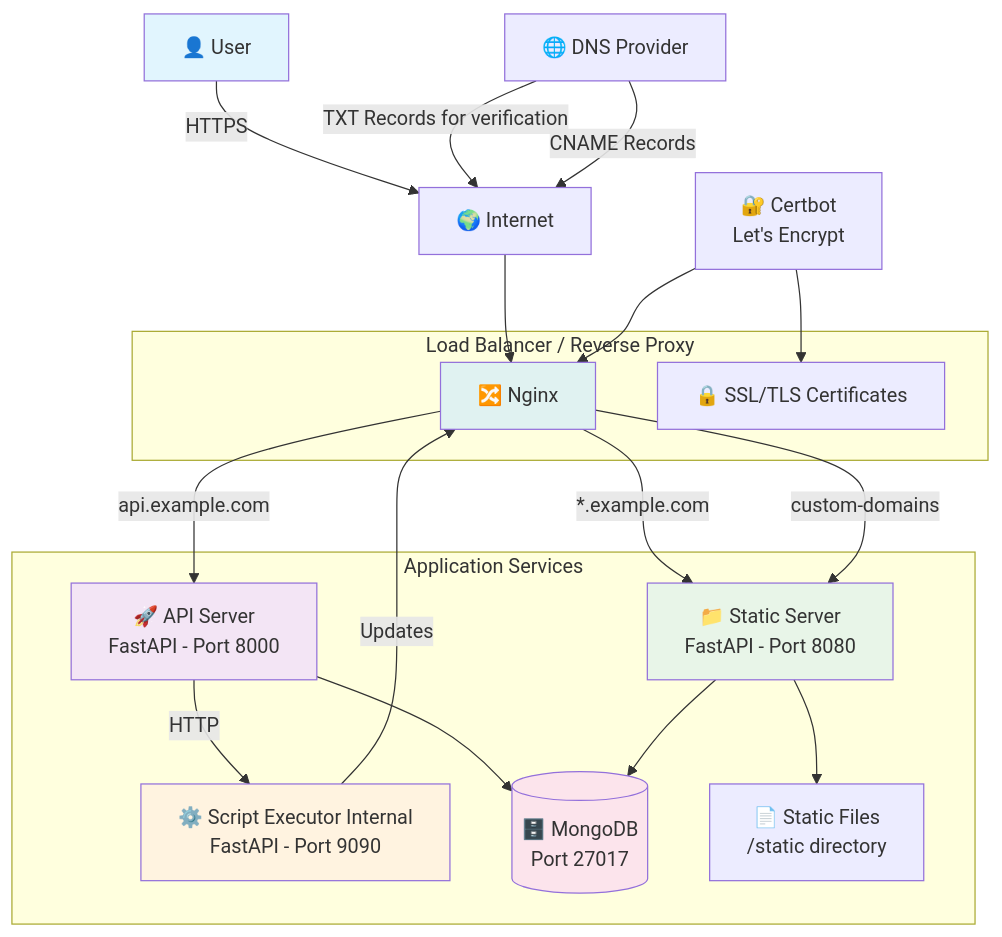
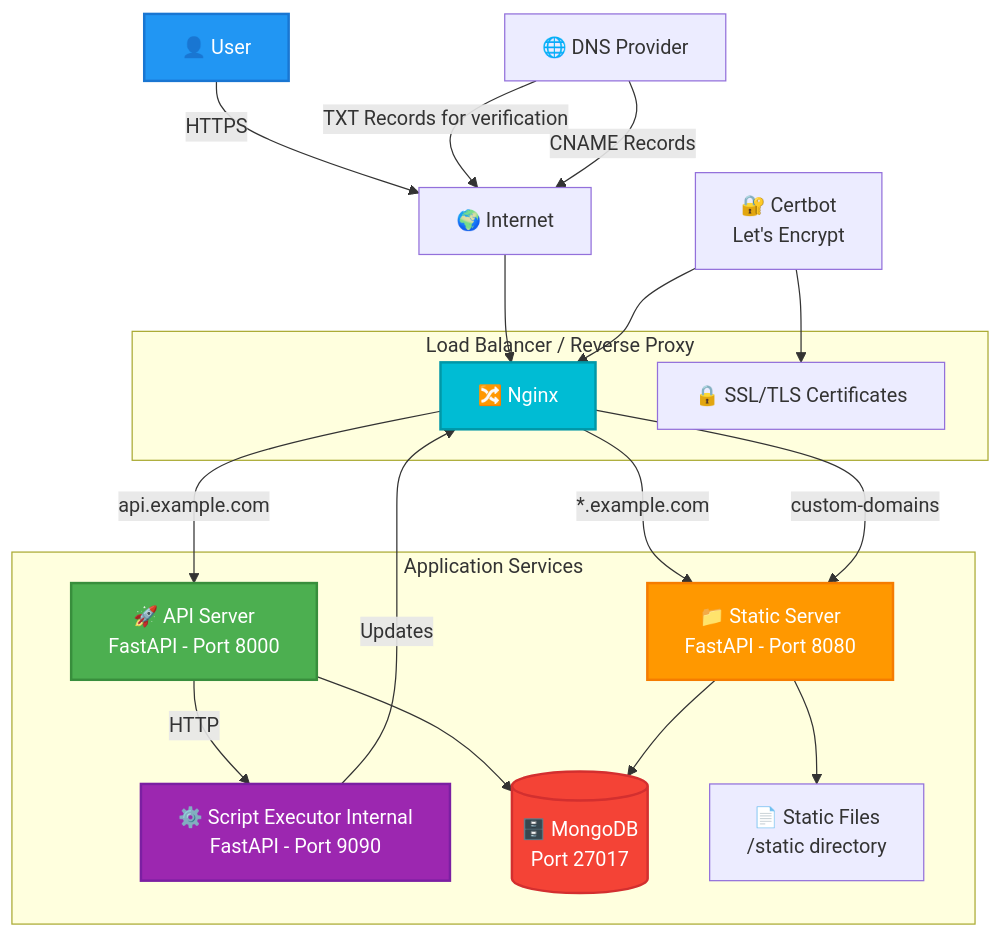
Before and after one commit to nayan32biswas/multi-domain-poc: the diagram in README.md, drawn with Mermaid. The commit also changed 1 other file, not shown here.

Commit message:
Update architecture diagrams with improved color styling for better clarity and visual distinction

````diff
--- a/README.md
+++ b/README.md
@@ -12,60 +12,60 @@
 ```mermaid
 graph TB
     %% External Components
     User[👤 User]
     DNS[🌐 DNS Provider]
     Internet[🌍 Internet]
 
     %% Load Balancer / Reverse Proxy
     subgraph "Load Balancer / Reverse Proxy"
         Nginx[🔀 Nginx]
         SSL[🔒 SSL/TLS Certificates]
     end
 
     %% Application Services
     subgraph "Application Services"
         API[🚀 API Server<br/>FastAPI - Port 8000]
         Static[📁 Static Server<br/>FastAPI - Port 8080]
         ScriptExec[⚙️ Script Executor Internal<br/>FastAPI - Port 9090]
         DB[(🗄️ MongoDB<br/>Port 27017)]
         StaticFiles[📄 Static Files<br/>/static directory]
     end
 
     %% External Services
     Certbot[🔐 Certbot<br/>Let's Encrypt]
 
     %% User Connections
     User -->|HTTPS| Internet
     Internet --> Nginx
 
     %% DNS Setup
     DNS -->|TXT Records for verification| Internet
     DNS -->|CNAME Records| Internet
 
     %% Nginx Routing
     Nginx -->|api.example.com| API
     Nginx -->|*.example.com| Static
     Nginx -->|custom-domains| Static
 
     %% Service Dependencies
     API --> DB
     Static --> DB
     Static --> StaticFiles
 
     %% SSL Certificate Management
     Certbot --> SSL
     Certbot --> Nginx
 
     %% Internal API Calls
     API -->|HTTP| ScriptExec
 
     %% Configuration Updates
     ScriptExec -->|Updates| Nginx
 
-    style User fill:#e1f5fe
-    style API fill:#f3e5f5
-    style Static fill:#e8f5e8
-    style ScriptExec fill:#fff3e0
-    style DB fill:#fce4ec
-    style Nginx fill:#e0f2f1
+    style User fill:#2196F3,stroke:#1976D2,stroke-width:2px,color:#fff
+    style API fill:#4CAF50,stroke:#388E3C,stroke-width:2px,color:#fff
+    style Static fill:#FF9800,stroke:#F57C00,stroke-width:2px,color:#fff
+    style ScriptExec fill:#9C27B0,stroke:#7B1FA2,stroke-width:2px,color:#fff
+    style DB fill:#F44336,stroke:#D32F2F,stroke-width:2px,color:#fff
+    style Nginx fill:#00BCD4,stroke:#0097A7,stroke-width:2px,color:#fff
 ```
````
